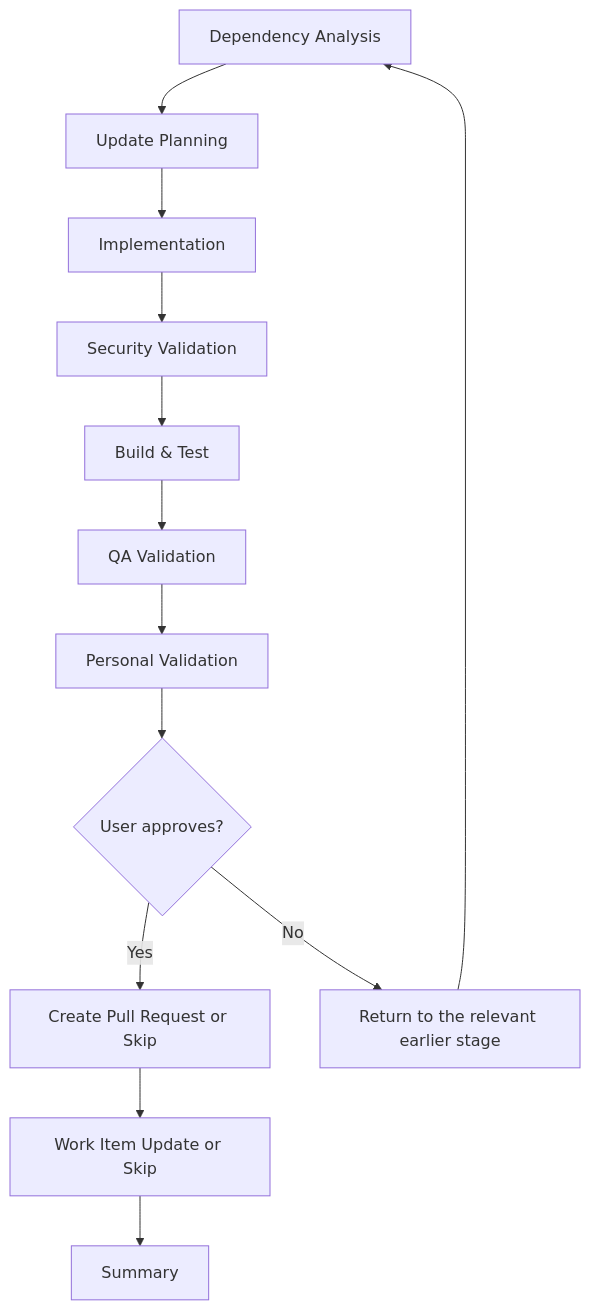
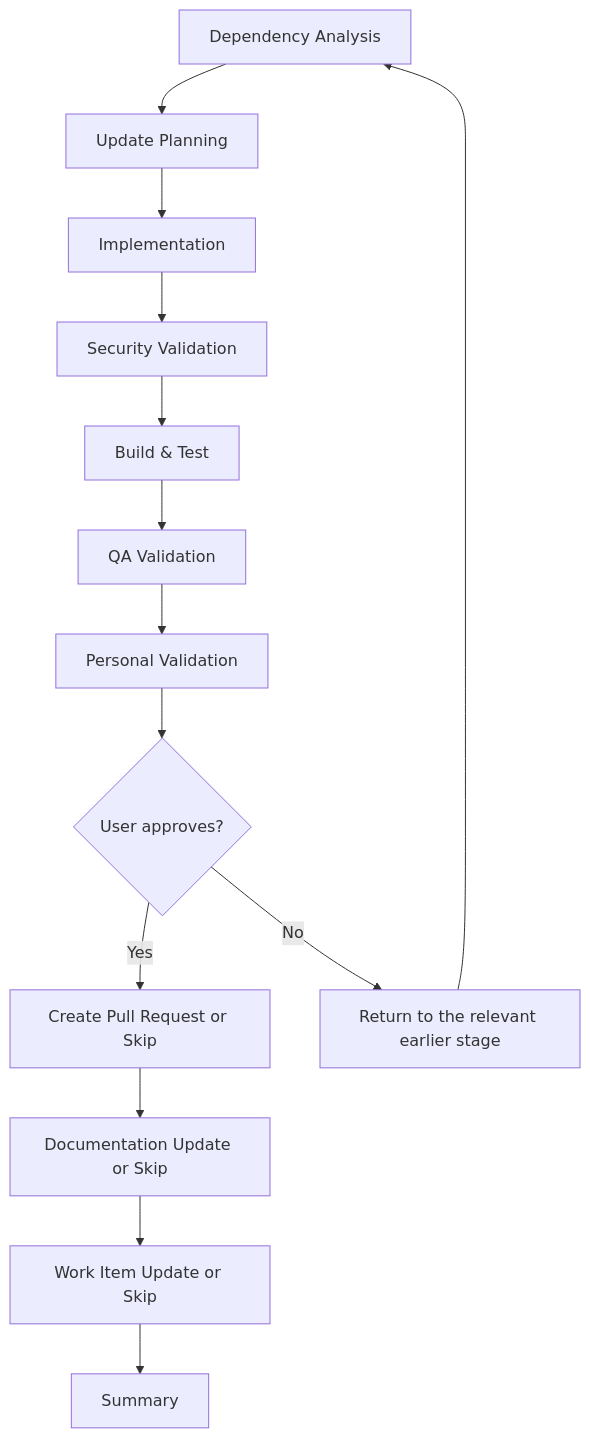
The fourth of 16 diagrams in plugins/delivery/FLOW-DIAGRAMS.md (JSdotNet/ai-agent-stack), drawn with Mermaid before and after one commit. The commit also changed other lines of this file and 10 other files, not shown here.

First line of the commit message:
Draw the phases the flows actually run

````diff
--- a/plugins/delivery/FLOW-DIAGRAMS.md
+++ b/plugins/delivery/FLOW-DIAGRAMS.md
@@ -114,15 +118,16 @@
 ```mermaid
 flowchart TD
     A["Dependency Analysis"] --> B["Update Planning"]
     B --> C["Implementation"]
     C --> D["Security Validation"]
     D --> E["Build & Test"]
     E --> F["QA Validation"]
     F --> G["Personal Validation"]
     G --> H{User approves?}
     H -->|Yes| I["Create Pull Request or Skip"]
     H -->|No| J["Return to the relevant earlier stage"]
     J --> A
-    I --> U["Work Item Update or Skip"]
+    I --> DU["Documentation Update or Skip"]
+    DU --> U["Work Item Update or Skip"]
     U --> K["Summary"]
 ```
````
